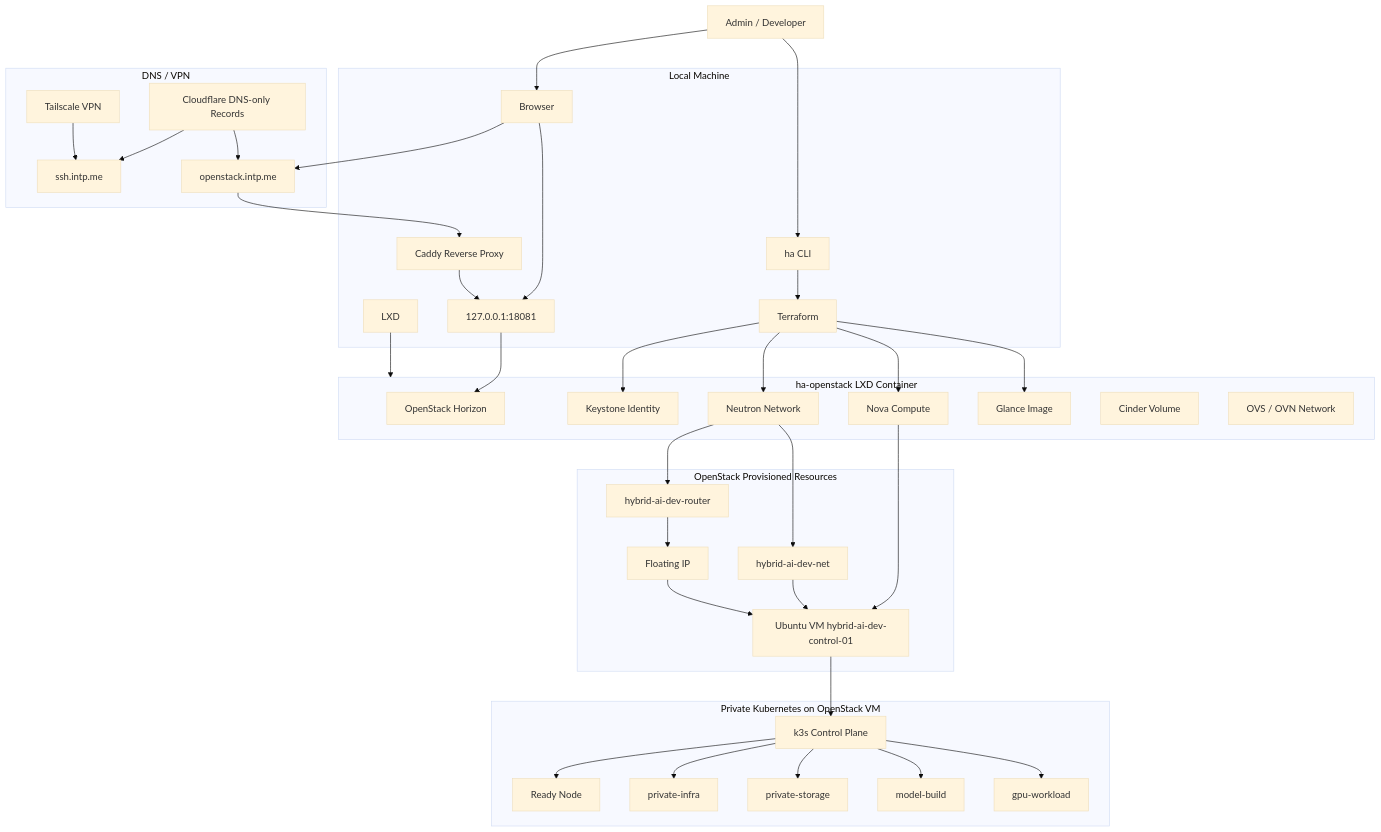
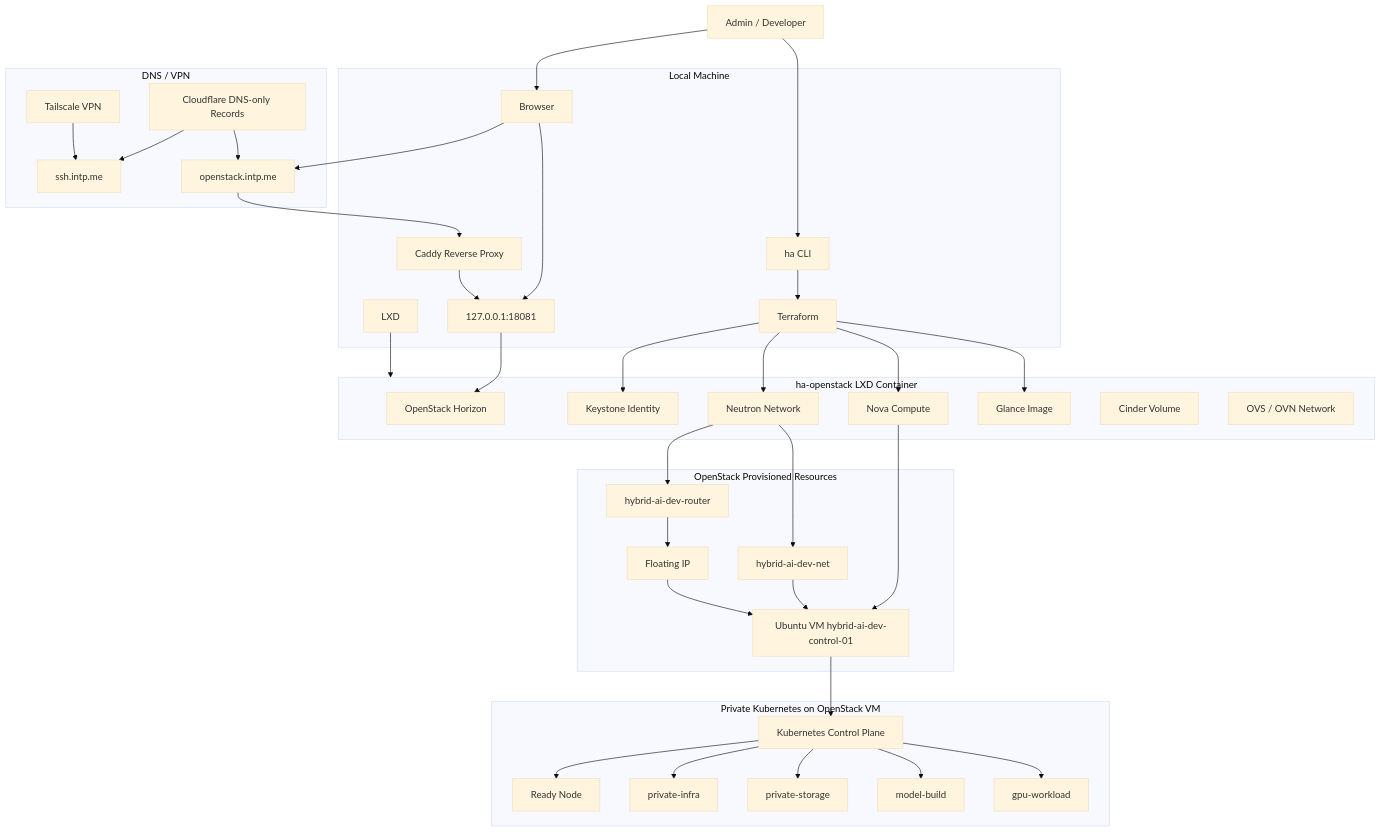
One commit to SGS-Strategy/hybrid-ai-serving-platform changed the diagram in private/handoff/admin-entrypoints.md. Above: the diagram before and after it, drawn with Mermaid (base theme). The commit also changed other lines of this file and 12 other files, not shown here.

````diff
--- a/private/handoff/admin-entrypoints.md
+++ b/private/handoff/admin-entrypoints.md
@@ -95,80 +95,80 @@
 ```mermaid
 flowchart TB
   User[Admin / Developer]
 
   subgraph LocalHost[Local Machine]
     Browser[Browser]
     HA[ha CLI]
     TF[Terraform]
     Caddy[Caddy Reverse Proxy]
     LXC[LXD]
     LocalProxy[127.0.0.1:18081]
   end
 
   subgraph DNSVPN[DNS / VPN]
     CF[Cloudflare DNS-only Records]
     TS[Tailscale VPN]
     SSH[ssh.intp.me]
     OpenStackDNS[openstack.intp.me]
   end
 
   subgraph LXDContainer[ha-openstack LXD Container]
     Horizon[OpenStack Horizon]
     Keystone[Keystone Identity]
     Nova[Nova Compute]
     Neutron[Neutron Network]
     Glance[Glance Image]
     Cinder[Cinder Volume]
     OVS[OVS / OVN Network]
   end
 
   subgraph OpenStackResources[OpenStack Provisioned Resources]
     Net[hybrid-ai-dev-net]
     Router[hybrid-ai-dev-router]
     FIP[Floating IP]
     VM[Ubuntu VM hybrid-ai-dev-control-01]
   end
 
   subgraph K8s[Private Kubernetes on OpenStack VM]
-    K3S[k3s Control Plane]
+    K8S[Kubernetes Control Plane]
     Node[Ready Node]
     NS1[private-infra]
     NS2[private-storage]
     NS3[model-build]
     NS4[gpu-workload]
   end
 
   Browser --> LocalProxy
   LocalProxy --> Horizon
   Browser --> OpenStackDNS
   OpenStackDNS --> Caddy
   Caddy --> LocalProxy
   CF --> SSH
   CF --> OpenStackDNS
   TS --> SSH
 
   HA --> TF
   TF --> Keystone
   TF --> Nova
   TF --> Neutron
   TF --> Glance
 
   LXC --> LXDContainer
 
   Nova --> VM
   Neutron --> Net
   Net --> VM
   Neutron --> Router
   Router --> FIP
   FIP --> VM
 
-  VM --> K3S
-  K3S --> Node
-  K3S --> NS1
-  K3S --> NS2
-  K3S --> NS3
-  K3S --> NS4
+  VM --> K8S
+  K8S --> Node
+  K8S --> NS1
+  K8S --> NS2
+  K8S --> NS3
+  K8S --> NS4
 
   User --> Browser
   User --> HA
 ```
````
